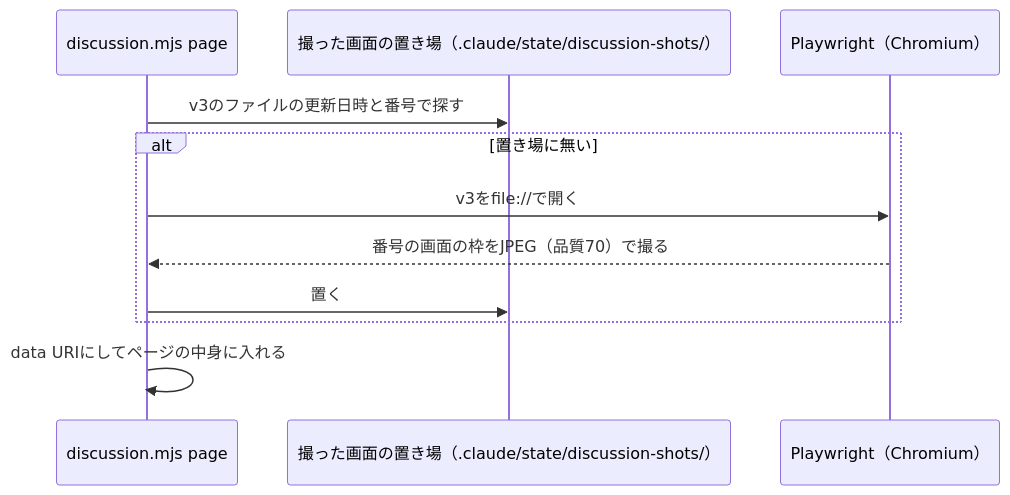
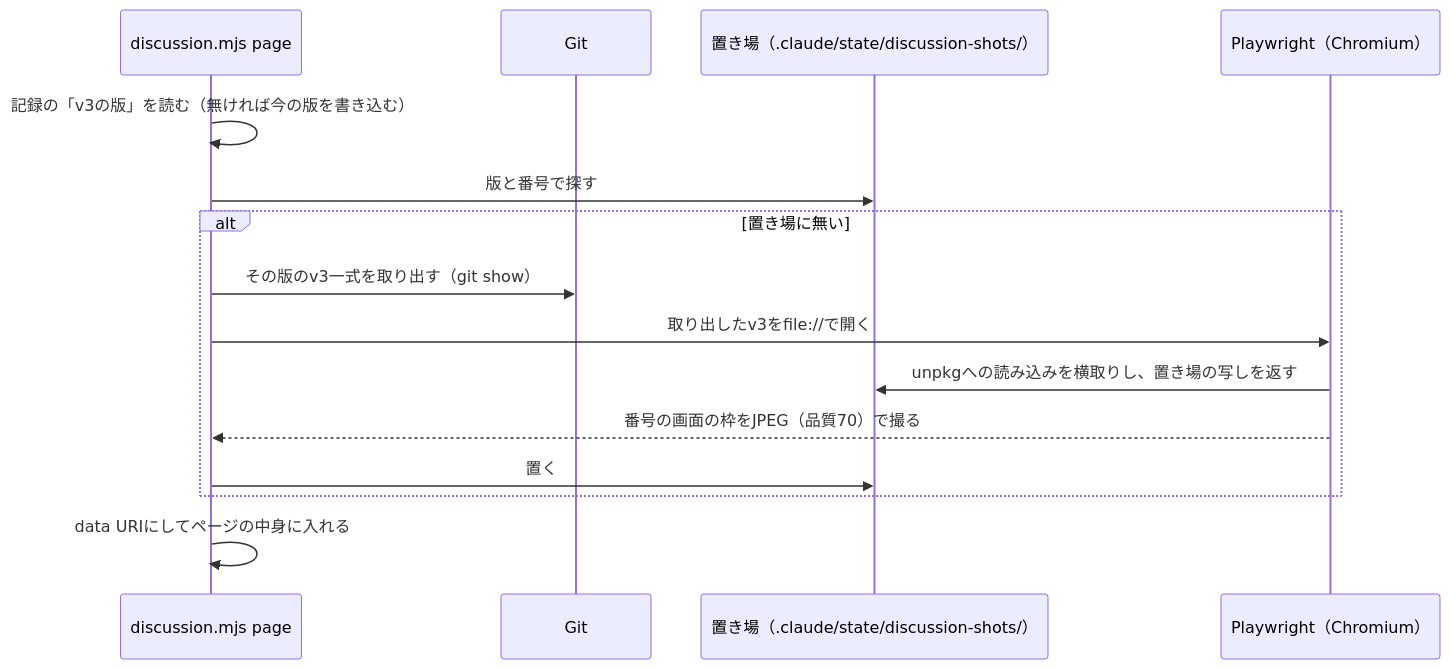
The third of 4 diagrams in docs/designs/discussion-page-v2.md (oze-xxbumpxx/Tomotabi), drawn with Mermaid before and after one commit. The commit also changed other lines of this file, not shown here.

````diff
--- a/docs/designs/discussion-page-v2.md
+++ b/docs/designs/discussion-page-v2.md
@@ -105,13 +109,17 @@
 ```mermaid
 sequenceDiagram
   participant C as discussion.mjs page
-  participant K as 撮った画面の置き場（.claude/state/discussion-shots/）
+  participant G as Git
+  participant K as 置き場（.claude/state/discussion-shots/）
   participant P as Playwright（Chromium）
-  C->>K: v3のファイルの更新日時と番号で探す
+  C->>C: 記録の「v3の版」を読む（無ければ今の版を書き込む）
+  C->>K: 版と番号で探す
   alt 置き場に無い
-    C->>P: v3をfile://で開く
+    C->>G: その版のv3一式を取り出す（git show）
+    C->>P: 取り出したv3をfile://で開く
+    P->>K: unpkgへの読み込みを横取りし、置き場の写しを返す
     P-->>C: 番号の画面の枠をJPEG（品質70）で撮る
     C->>K: 置く
   end
   C->>C: data URIにしてページの中身に入れる
 ```
````
